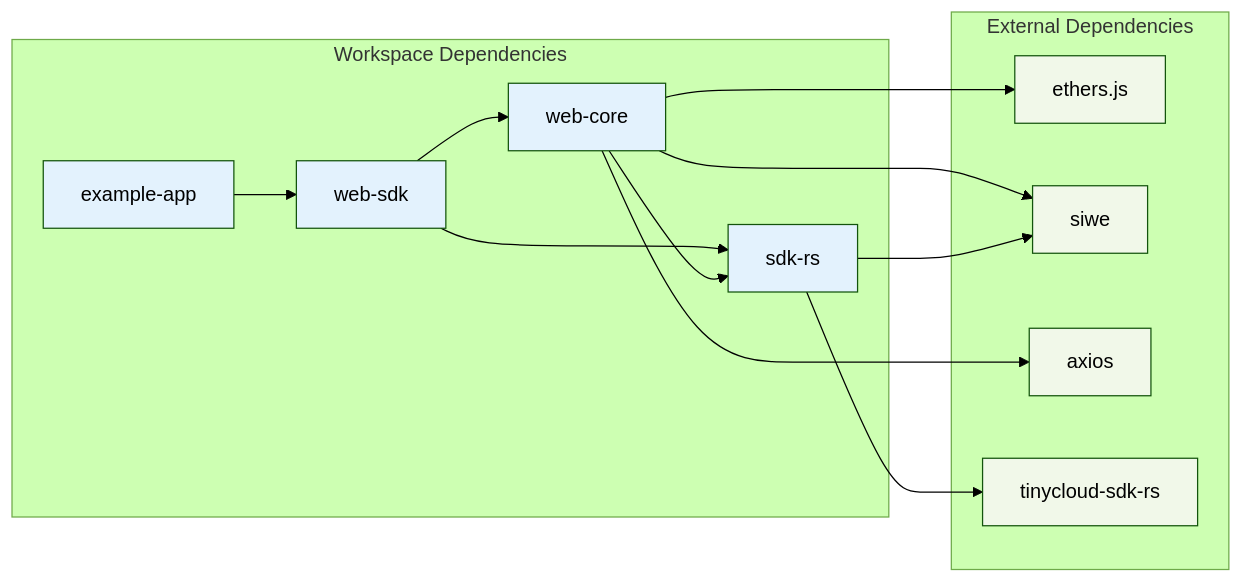
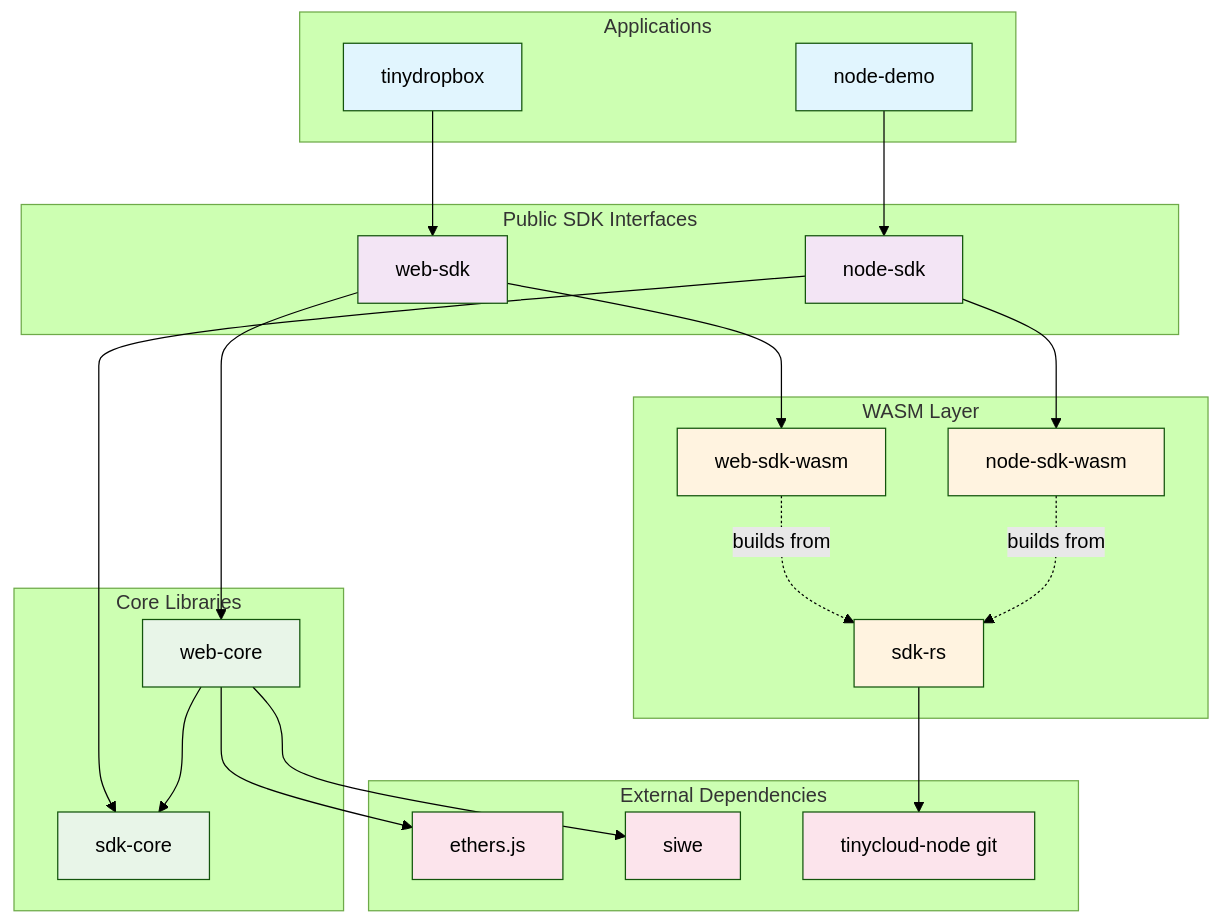
The second of 9 diagrams in architecture.md (TinyCloudLabs/web-sdk), drawn with Mermaid (forest theme) before and after one commit. The commit also changed other lines of this file and 8 other files, not shown here.

First line of the commit message:
feat(node-sdk)!: breaking API changes for delegation and namespace defaults

````diff
--- a/architecture.md
+++ b/architecture.md
@@ -89,32 +113,57 @@
 ```mermaid
-graph LR
-    subgraph "Workspace Dependencies"
+graph TB
+    subgraph "Applications"
+        TD[tinydropbox]
+        ND[node-demo]
+    end
+
+    subgraph "Public SDK Interfaces"
         WS[web-sdk]
+        NS[node-sdk]
+    end
+
+    subgraph "Core Libraries"
         WC[web-core]
-        WR[sdk-rs]
-        EX[example-app]
+        SC[sdk-core]
     end
-    
+
+    subgraph "WASM Layer"
+        SR[sdk-rs]
+        WSW[web-sdk-wasm]
+        NSW[node-sdk-wasm]
+    end
+
     subgraph "External Dependencies"
         ET[ethers.js]
         SW[siwe]
-        AX[axios]
-        TC[tinycloud-sdk-rs]
+        TC[tinycloud-node git]
     end
-    
+
+    TD --> WS
+    ND --> NS
+
     WS --> WC
-    WS --> WR
-    WC --> WR
+    WS --> WSW
+    NS --> SC
+    NS --> NSW
+
+    WC --> SC
     WC --> ET
     WC --> SW
-    WC --> AX
-    WR --> TC
-    WR --> SW
-    EX --> WS
-    
-    classDef workspace fill:#e3f2fd
-    classDef external fill:#f1f8e9
-    
-    class WS,WC,WR,EX workspace
-    class ET,SW,AX,TC external
+
+    SR --> TC
+    WSW -.builds from.-> SR
+    NSW -.builds from.-> SR
+
+    classDef app fill:#e1f5fe
+    classDef sdk fill:#f3e5f5
+    classDef core fill:#e8f5e8
+    classDef wasm fill:#fff3e0
+    classDef external fill:#fce4ec
+
+    class TD,ND app
+    class WS,NS sdk
+    class WC,SC core
+    class SR,WSW,NSW wasm
+    class ET,SW,TC external
 ```
````
